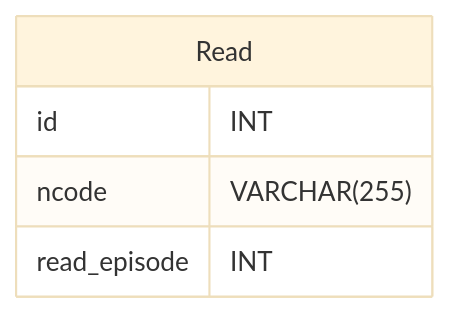
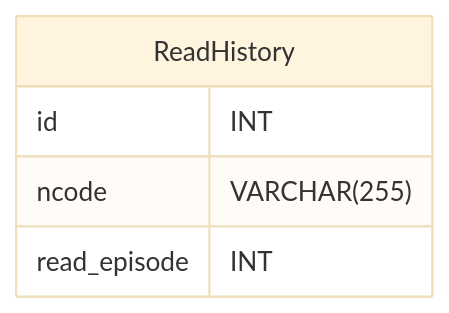
The diagram in docs/erd.md (watame/mobile_web_novel_reader), drawn with Mermaid (base theme) before and after one commit. The commit also changed other lines of this file, not shown here.

````diff
--- a/docs/erd.md
+++ b/docs/erd.md
@@ -11,8 +11,8 @@
 ```mermaid
 erDiagram
-     Read {
+     ReadHistory {
         id INT
         ncode VARCHAR(255)
         read_episode INT
     }
 ```
````
